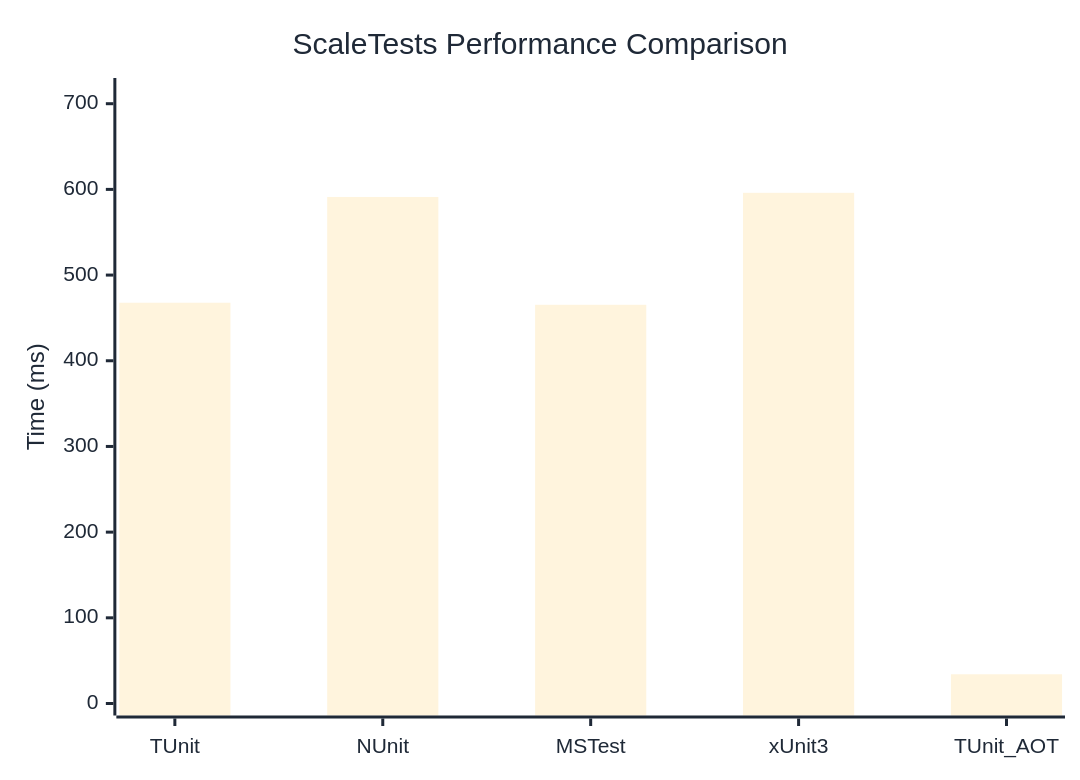
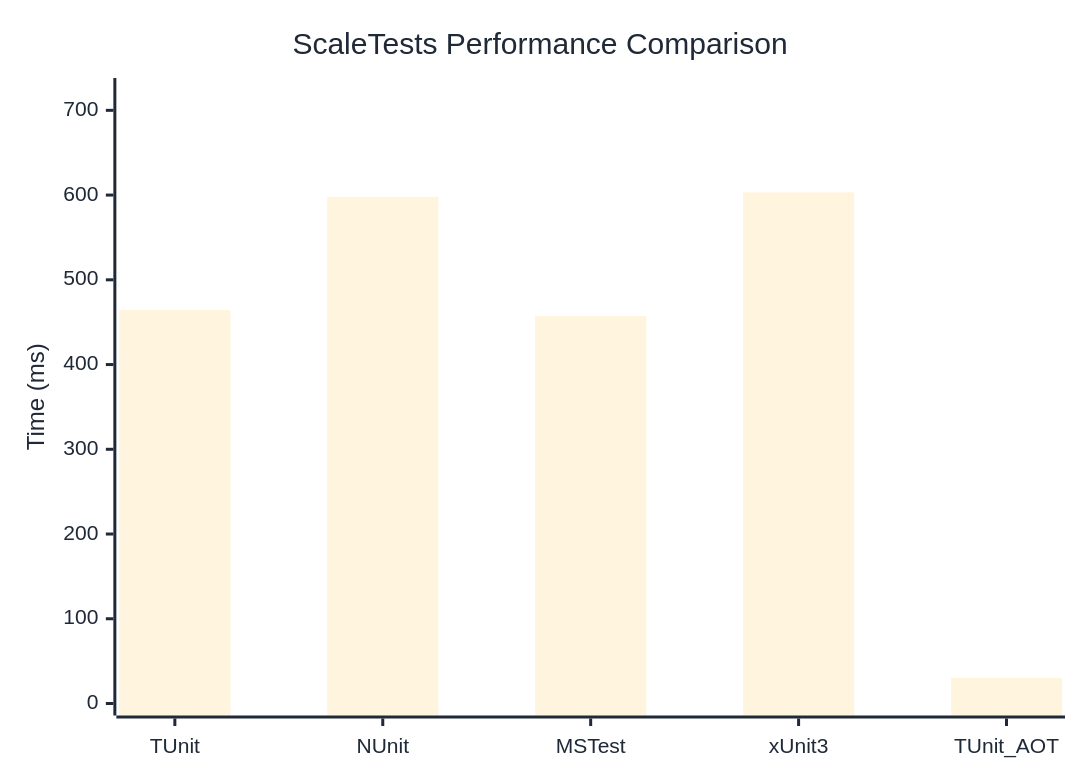
One commit to thomhurst/TUnit changed the diagram in docs/docs/benchmarks/ScaleTests.md. Above: the diagram before and after it, drawn with Mermaid. The commit also changed other lines of this file and 17 other files, not shown here.

````diff
--- a/docs/docs/benchmarks/ScaleTests.md
+++ b/docs/docs/benchmarks/ScaleTests.md
@@ -27,37 +27,37 @@
 ```mermaid
 %%{init: {
   'theme':'base',
   'themeVariables': {
     'primaryColor': '#2563eb',
     'primaryTextColor': '#1f2937',
     'primaryBorderColor': '#1e40af',
     'lineColor': '#6b7280',
     'secondaryColor': '#7c3aed',
     'tertiaryColor': '#dc2626',
     'background': '#ffffff',
     'mainBkg': '#2563eb',
     'secondBkg': '#7c3aed',
     'tertiaryBkg': '#dc2626',
     'clusterBkg': '#f3f4f6',
     'edgeLabelBackground': '#ffffff',
     'tertiaryTextColor': '#1f2937',
     'pie1': '#2563eb',
     'pie2': '#7c3aed',
     'pie3': '#dc2626',
     'pie4': '#f59e0b',
     'pie5': '#10b981',
     'pie6': '#06b6d4',
     'pie7': '#ec4899',
     'pie8': '#6366f1',
     'pie9': '#84cc16',
     'pie10': '#f97316',
     'pie11': '#14b8a6',
     'pie12': '#a855f7'
   }
 }}%%
 xychart-beta
   title "ScaleTests Performance Comparison"
   x-axis ["TUnit", "NUnit", "MSTest", "xUnit3", "TUnit_AOT"]
-  y-axis "Time (ms)" 0 --> 716
-  bar [467.73, 591.18, 465.33, 596.01, 34.11]
+  y-axis "Time (ms)" 0 --> 724
+  bar [464.18, 597.88, 457.47, 603.24, 30.19]
 ```
````
